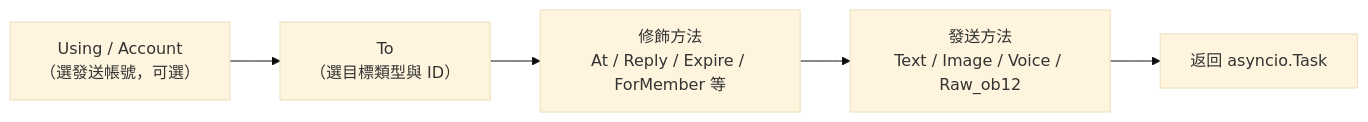
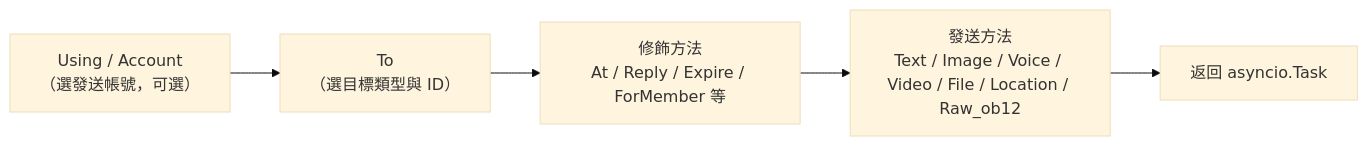
The first of 2 diagrams in docs/zh-TW/developer-guide/adapters/send-dsl.md (ErisPulse/ErisPulse), drawn with Mermaid (base theme) before and after one commit. The commit also changed other lines of this file and 115 other files, not shown here.

````diff
--- a/docs/zh-TW/developer-guide/adapters/send-dsl.md
+++ b/docs/zh-TW/developer-guide/adapters/send-dsl.md
@@ -37,7 +37,7 @@
 ```mermaid
 flowchart LR
     A["Using / Account<br/>（選發送帳號，可選）"] --> B["To<br/>（選目標類型與 ID）"]
     B --> C["修飾方法<br/>At / Reply / Expire / ForMember 等"]
-    C --> D["發送方法<br/>Text / Image / Voice / Raw_ob12"]
+    C --> D["發送方法<br/>Text / Image / Voice / Video / File / Location / Raw_ob12"]
     D --> E["返回 asyncio.Task"]
 ```
````
